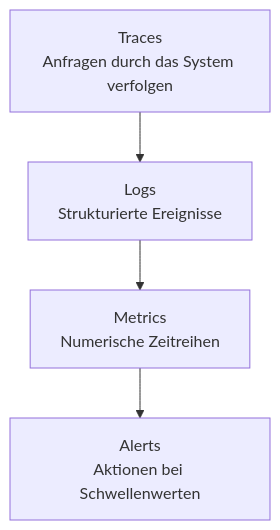
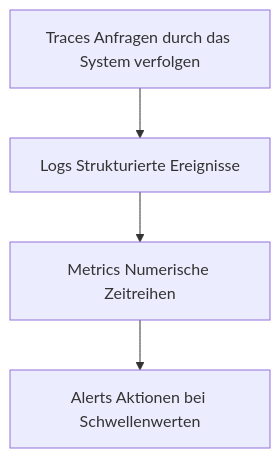
One commit to SoniiiT/notes-n-docs changed the third of 4 diagrams in Microsoft 365/Azure/Grundlagen/Azure Well-Architected Framework.md. Above: the diagram before and after it, drawn with Mermaid. The commit also changed other lines of this file and 124 other files, not shown here.

First line of the commit message:
fix: Entferne \n aus allen Mermaid-Diagrammen (125 Dateien)

````diff
--- a/Microsoft 365/Azure/Grundlagen/Azure Well-Architected Framework.md
+++ b/Microsoft 365/Azure/Grundlagen/Azure Well-Architected Framework.md
@@ -189,6 +189,6 @@
 ```mermaid
 graph TD
-    TRACES[Traces\nAnfragen durch das System verfolgen] --> LOGS[Logs\nStrukturierte Ereignisse]
-    LOGS --> METRICS[Metrics\nNumerische Zeitreihen]
-    METRICS --> ALERTS[Alerts\nAktionen bei Schwellenwerten]
+    TRACES[Traces Anfragen durch das System verfolgen] --> LOGS[Logs Strukturierte Ereignisse]
+    LOGS --> METRICS[Metrics Numerische Zeitreihen]
+    METRICS --> ALERTS[Alerts Aktionen bei Schwellenwerten]
 ```
````
